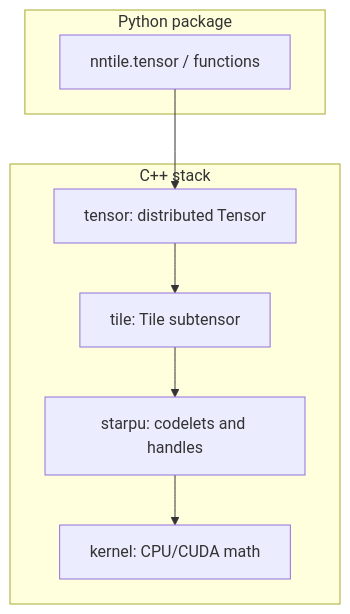
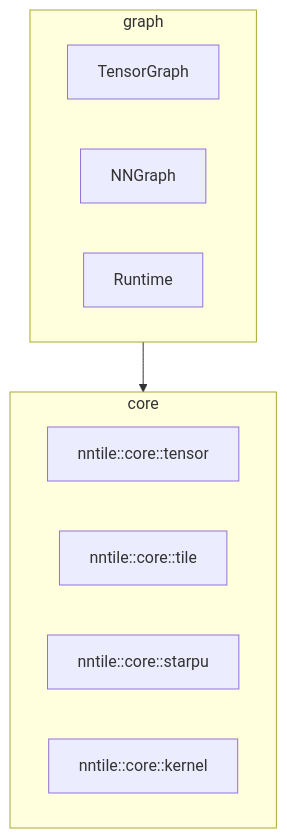
Before and after one commit to nntile/nntile: the diagram in docs/cpp/README.md, drawn with Mermaid. The commit also changed other lines of this file and 2871 other files, not shown here.

First line of the commit message:
Split NNTile into nntile_core and nntile_graph packages

````diff
--- a/docs/cpp/README.md
+++ b/docs/cpp/README.md
@@ -7,16 +15,15 @@
 ```mermaid
 flowchart TB
-  subgraph py [Python package]
-    PyAPI["nntile.tensor / functions"]
+  subgraph graph_pkg [graph]
+    TG[TensorGraph]
+    NN[NNGraph]
+    RT[Runtime]
   end
-  subgraph cpp [C++ stack]
-    Tensor["tensor: distributed Tensor"]
-    Tile["tile: Tile subtensor"]
-    StarPU["starpu: codelets and handles"]
-    Kernel["kernel: CPU/CUDA math"]
+  subgraph core_pkg [core]
+    Tensor[nntile::core::tensor]
+    Tile[nntile::core::tile]
+    StarPU[nntile::core::starpu]
+    Kernel[nntile::core::kernel]
   end
-  PyAPI --> Tensor
-  Tensor --> Tile
-  Tile --> StarPU
-  StarPU --> Kernel
+  graph_pkg --> core_pkg
 ```
````
